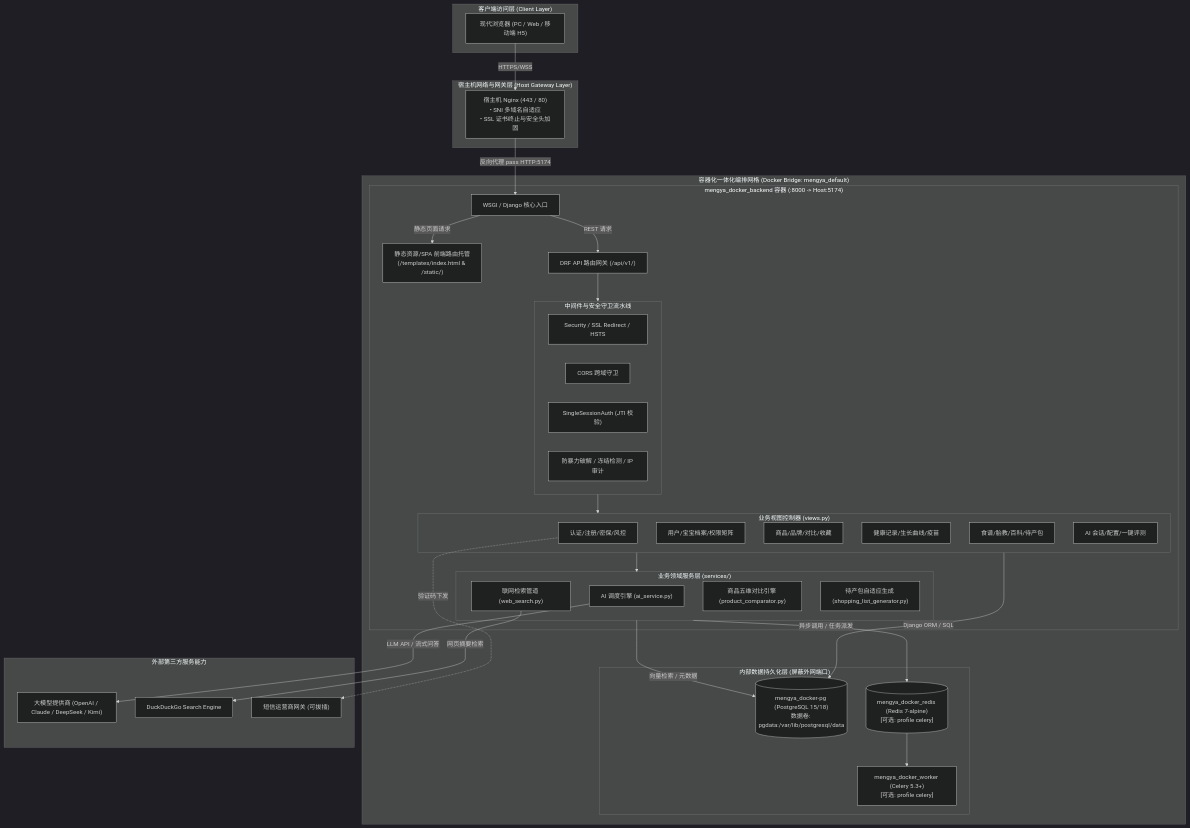
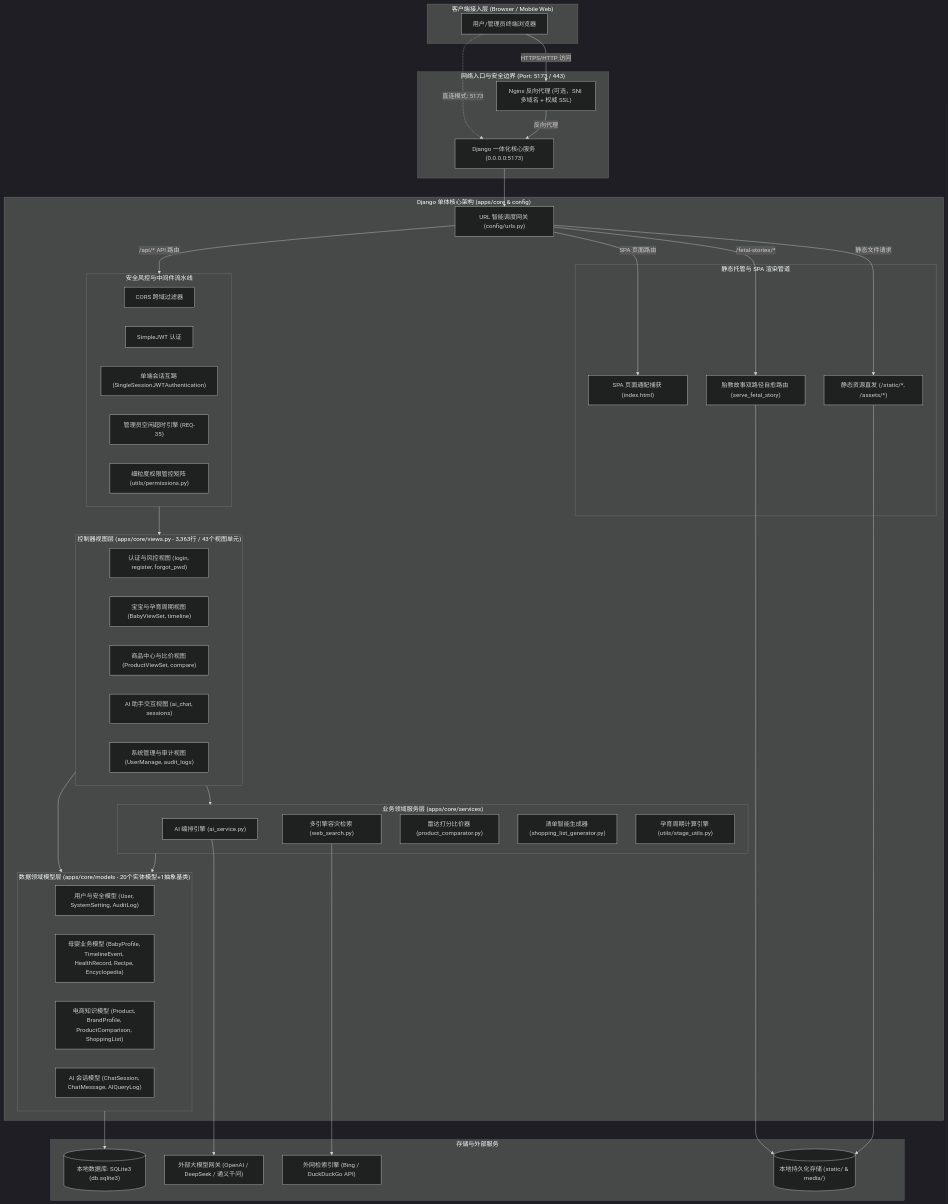
One commit to 18227370901/mengya-docker changed the first of 6 diagrams in docs/Project_System_Design.md. Above: the diagram before and after it, drawn with Mermaid (dark theme). The commit also changed other lines of this file and 37 other files, not shown here.

````diff
--- a/docs/Project_System_Design.md
+++ b/docs/Project_System_Design.md
@@ -58,68 +57,83 @@
 ```mermaid
+
 flowchart TB
-    subgraph Client["客户端访问层 (Client Layer)"]
-        Browser["现代浏览器 (PC / Web / 移动端 H5)"]
-    end
+subgraph ClientLayer ["客户端接入层 (Browser / Mobile Web)"]
+UserBrowser["用户/管理员终端浏览器"]
+end
 
-    subgraph Host["宿主机网络与网关层 (Host Gateway Layer)"]
-        HostNginx["宿主机 Nginx (443 / 80)<br/>• SNI 多域名自适应<br/>• SSL 证书终止与安全头加固"]
-    end
+subgraph BoundaryLayer ["网络入口与安全边界 (Port: 5173 / 443)"]
+NginxProxy["Nginx 反向代理 (可选，SNI 多域名 + 权威 SSL)"]
+DjangoHost["Django 一体化核心服务 (0.0.0.0:5173)"]
+end
 
-    subgraph DockerEnv["容器化一体化编排网格 (Docker Bridge: mengya_default)"]
-        subgraph BackendContainer["mengya_docker_backend 容器 (:8000 -> Host:5174)"]
-            DjangoEntry["WSGI / Django 核心入口"]
-            StaticServe["静态资源/SPA 前端路由托管<br/>(/templates/index.html & /static/)"]
-            APIRouter["DRF API 路由网关 (/api/v1/)"]
-            
-            subgraph MiddlewareStack["中间件与安全守卫流水线"]
-                SecMW["Security / SSL Redirect / HSTS"]
-                CorsMW["CORS 跨域守卫"]
-                SingleSessionMW["SingleSessionAuth (JTI 校验)"]
-                RiskMW["防暴力破解 / 冻结检测 / IP 审计"]
-            end
-            
-            subgraph CoreViews["业务视图控制器 (views.py)"]
-                AuthViews["认证/注册/密保/风控"]
-                UserViews["用户/宝宝档案/权限矩阵"]
-                ProductViews["商品/品牌/对比/收藏"]
-                HealthViews["健康记录/生长曲线/疫苗"]
-                ContentViews["食谱/胎教/百科/待产包"]
-                AIViews["AI 会话/配置/一键评测"]
-            end
+subgraph DjangoCore ["Django 单体核心架构 (apps/core & config)"]
+URLRouter["URL 智能调度网关 (config/urls.py)"]
 
-            subgraph ServiceDomain["业务领域服务层 (services/)"]
-                AIService["AI 调度引擎 (ai_service.py)"]
-                WebSearch["联网检索管道 (web_search.py)"]
-                Comparator["商品五维对比引擎 (product_comparator.py)"]
-                ListGen["待产包自适应生成 (shopping_list_generator.py)"]
-            end
-        end
+subgraph StaticPipeline ["静态托管与 SPA 渲染管道"]
+SPARouter["SPA 页面通配捕获 (index.html)"]
+StaticServe["静态资源直发 (/static/*, /assets/*)"]
+FetalStoryFallback["胎教故事双路径自愈路由 (serve_fetal_story)"]
+end
 
-        subgraph StorageLayer["内部数据持久化层 (屏蔽外网端口)"]
-            PGDB[("mengya_docker-pg (PostgreSQL 15/18)<br/>数据卷: pgdata:/var/lib/postgresql/data")]
-            RedisQueue[("mengya_docker_redis (Redis 7-alpine)<br/>[可选: profile celery]")]
-            CeleryWorker["mengya_docker_worker (Celery 5.3+)<br/>[可选: profile celery]"]
-        end
-    end
+subgraph SecurityPipeline ["安全风控与中间件流水线"]
+CORS["CORS 跨域过滤器"]
+JWTAuth["SimpleJWT 认证"]
+SingleSession["单端会话互踢 (SingleSessionJWTAuthentication)"]
+AdminTimeout["管理员空闲超时引擎 (REQ-35)"]
+PermCheck["细粒度权限管控矩阵 (utils/permissions.py)"]
+end
 
-    subgraph ExternalCloud["外部第三方服务能力"]
-        LLM["大模型提供商 (OpenAI / Claude / DeepSeek / Kimi)"]
-        DDG["DuckDuckGo Search Engine"]
-        SMS["短信运营商网关 (可拔插)"]
-    end
+subgraph ViewLayer ["控制器视图层 (apps/core/views.py - 3,363行 / 43个视图单元)"]
+AuthViews["认证与风控视图 (login, register, forgot_pwd)"]
+BabyViews["宝宝与孕育周期视图 (BabyViewSet, timeline)"]
+ProductViews["商品中心与比价视图 (ProductViewSet, compare)"]
+AIViews["AI 助手交互视图 (ai_chat, sessions)"]
+AdminViews["系统管理与审计视图 (UserManage, audit_logs)"]
+end
 
-    Browser -->|HTTPS/WSS| HostNginx
-    HostNginx -->|反向代理 pass HTTP:5174| DjangoEntry
-    DjangoEntry -->|静态页面请求| StaticServe
-    DjangoEntry -->|REST 请求| APIRouter
-    APIRouter --> MiddlewareStack
-    MiddlewareStack --> CoreViews
-    CoreViews --> ServiceDomain
-    CoreViews -->|Django ORM / SQL| PGDB
-    ServiceDomain -->|向量检索 / 元数据| PGDB
-    ServiceDomain -->|异步调用 / 任务派发| RedisQueue
-    RedisQueue --> CeleryWorker
-    AIService -->|LLM API / 流式问答| LLM
-    WebSearch -->|网页摘要检索| DDG
-    AuthViews -.->|验证码下发| SMS
+subgraph ServiceLayer ["业务领域服务层 (apps/core/services)"]
+AIService["AI 编排引擎 (ai_service.py)"]
+WebSearchService["多引擎容灾检索 (web_search.py)"]
+ProductComparator["雷达打分比价器 (product_comparator.py)"]
+ShoppingGenerator["清单智能生成器 (shopping_list_generator.py)"]
+StageUtils["孕育周期计算引擎 (utils/stage_utils.py)"]
+end
+
+subgraph ModelLayer ["数据领域模型层 (apps/core/models - 20个实体模型+1抽象基类)"]
+UserModels["用户与安全模型 (User, SystemSetting, AuditLog)"]
+DomainModels["母婴业务模型 (BabyProfile, TimelineEvent, HealthRecord, Recipe, Encyclopedia)"]
+ProductModels["电商知识模型 (Product, BrandProfile, ProductComparison, ShoppingList)"]
+AIModels["AI 会话模型 (ChatSession, ChatMessage, AIQueryLog)"]
+end
+end
+
+subgraph StorageLayer ["存储与外部服务"]
+SQLiteDB[("本地数据库: SQLite3 (db.sqlite3)")]
+LocalFiles[("本地持久化存储 (static/ & media/)")]
+OpenAIGW["外部大模型网关 (OpenAI / DeepSeek / 通义千问)"]
+SearchEngines["外网检索引擎 (Bing / DuckDuckGo API)"]
+end
+
+UserBrowser -->|HTTPS/HTTP 访问| NginxProxy
+NginxProxy -->|反向代理| DjangoHost
+UserBrowser -.->|直连模式: 5173| DjangoHost
+
+DjangoHost --> URLRouter
+
+URLRouter -->|静态文件请求| StaticServe
+URLRouter -->|/fetal-stories/*| FetalStoryFallback
+URLRouter -->|SPA 页面路由| SPARouter
+URLRouter -->|/api/* API 路由| SecurityPipeline
+
+SecurityPipeline --> ViewLayer
+ViewLayer --> ServiceLayer
+ServiceLayer --> ModelLayer
+ViewLayer --> ModelLayer
+
+ModelLayer --> SQLiteDB
+StaticServe --> LocalFiles
+FetalStoryFallback --> LocalFiles
+AIService --> OpenAIGW
+WebSearchService --> SearchEngines
+
 ```
````
